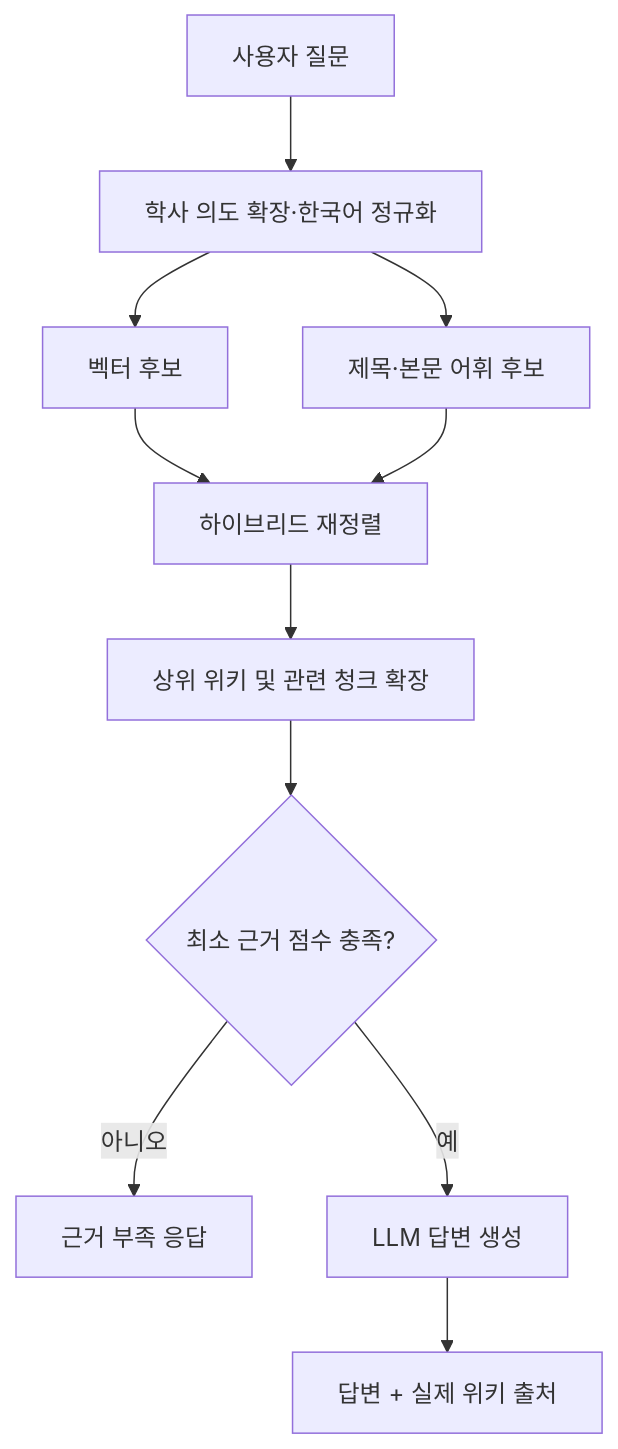
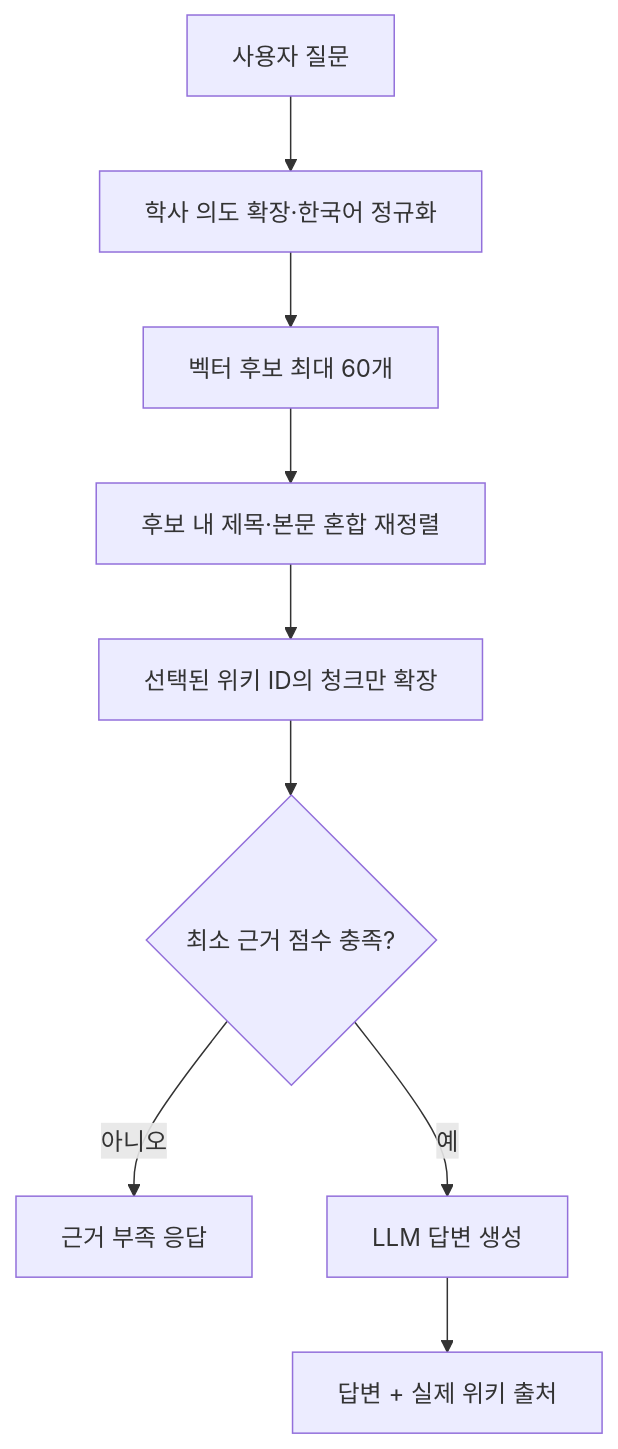
Before and after one commit to woosukkk/UniWiki-AI: the third of 3 diagrams in docs/architecture.md, drawn with Mermaid. The commit also changed other lines of this file and 8 other files, not shown here.

````diff
--- a/docs/architecture.md
+++ b/docs/architecture.md
@@ -74,13 +74,11 @@
 ```mermaid
 flowchart TD
     Q[사용자 질문] --> E[학사 의도 확장·한국어 정규화]
-    E --> VS[벡터 후보]
-    E --> LS[제목·본문 어휘 후보]
-    VS --> H[하이브리드 재정렬]
-    LS --> H
-    H --> K[상위 위키 및 관련 청크 확장]
+    E --> VS[벡터 후보 최대 60개]
+    VS --> H[후보 내 제목·본문 혼합 재정렬]
+    H --> K[선택된 위키 ID의 청크만 확장]
     K --> G{최소 근거 점수 충족?}
     G -- 아니오 --> N[근거 부족 응답]
     G -- 예 --> L[LLM 답변 생성]
     L --> R[답변 + 실제 위키 출처]
 ```
````
